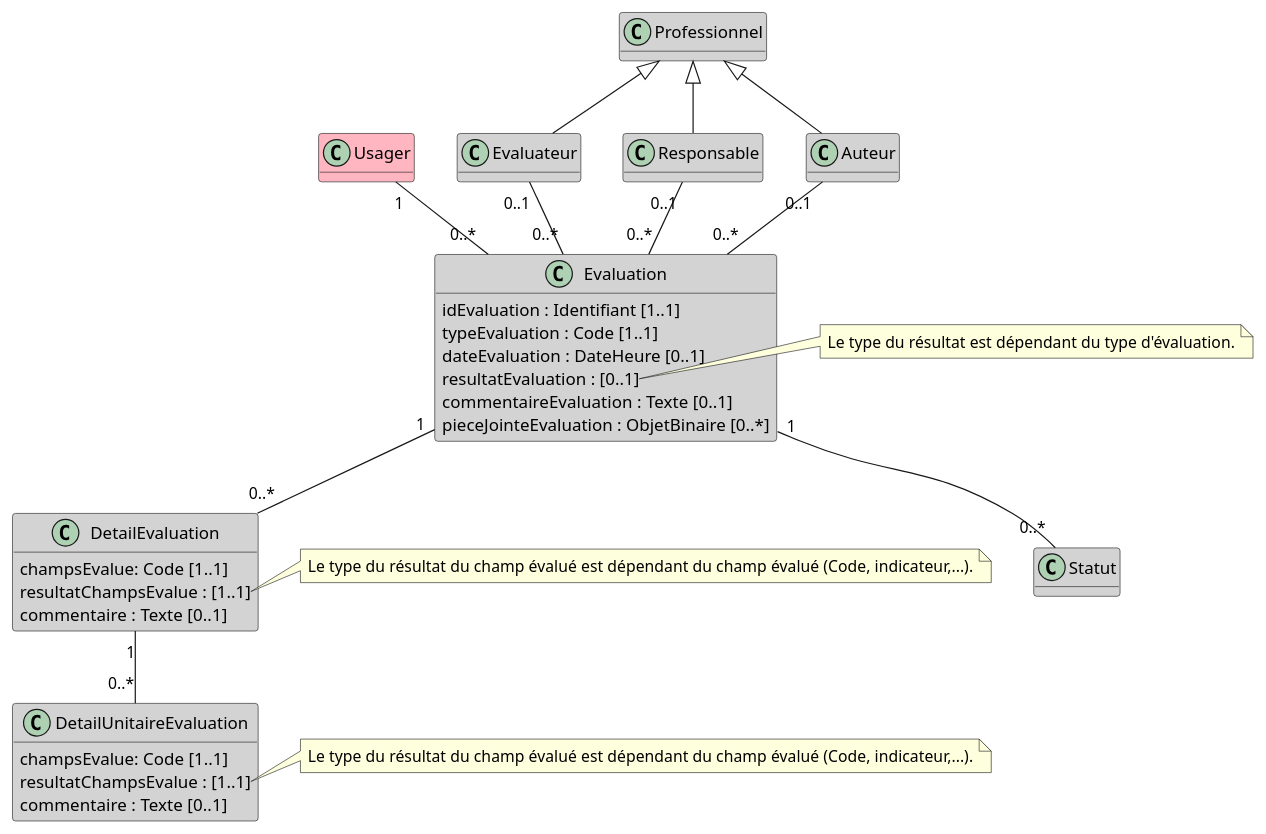
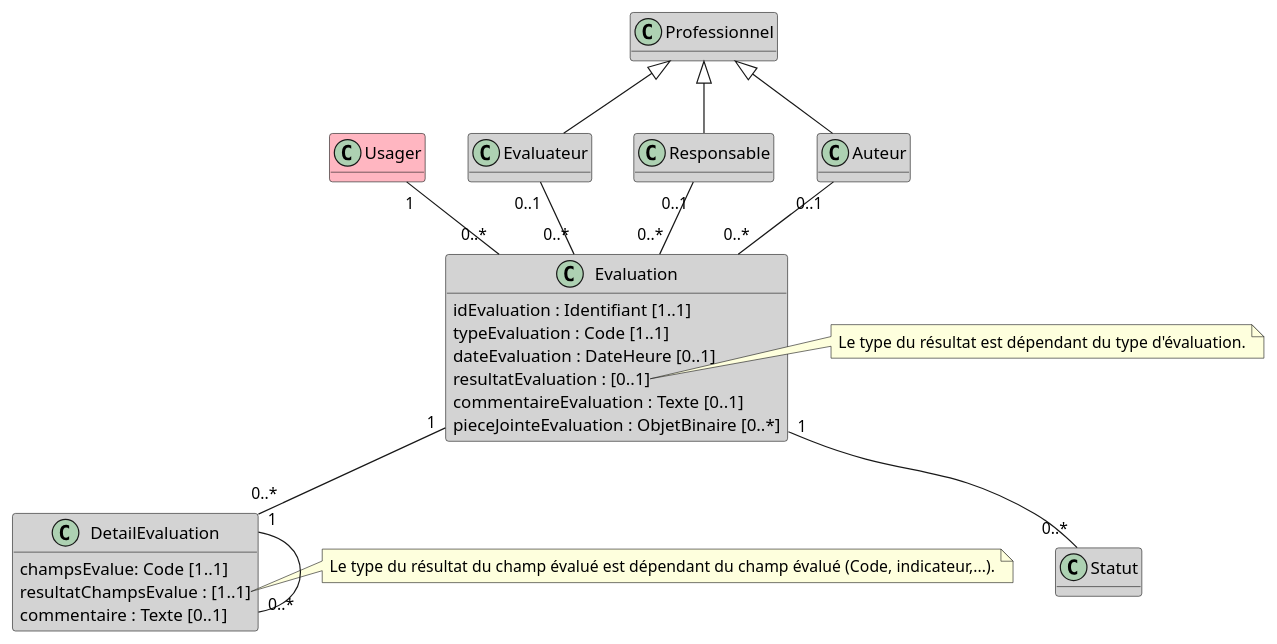
One commit to ansforge/IG-fhir-transfert-donnees-dui-esms changed the diagram in input/images-source/bloc_evaluation-grille.plantuml. Above: the diagram before and after it, drawn with PlantUML. The commit also changed 1 other file, not shown here.

```diff
--- a/input/images-source/bloc_evaluation-grille.plantuml
+++ b/input/images-source/bloc_evaluation-grille.plantuml
@@ -1,62 +1,52 @@
 @startuml
 
 hide empty methods
 
 class Usager #LightPink
 
 class Evaluateur #LightGray
 
 class Responsable #LightGray
 
 class Auteur #LightGray
 
 class Professionnel #LightGray
 
 class Statut #LightGray
 
 class Evaluation #LightGray {
     idEvaluation : Identifiant [1..1]
     typeEvaluation : Code [1..1]
     dateEvaluation : DateHeure [0..1]
     resultatEvaluation : [0..1]
     commentaireEvaluation : Texte [0..1]
     pieceJointeEvaluation : ObjetBinaire [0..*]
 }
 
 note right of Evaluation::resultat
   Le type du résultat est dépendant du type d'évaluation.
 end note
 
 class DetailEvaluation #LightGray {
     champsEvalue: Code [1..1]
     resultatChampsEvalue : [1..1]
     commentaire : Texte [0..1]
 }
 
 note right of DetailEvaluation::resultatChampsEvalue
   Le type du résultat du champ évalué est dépendant du champ évalué (Code, indicateur,...).
 end note
 
-class DetailUnitaireEvaluation #LightGray {
-    champsEvalue: Code [1..1]
-    resultatChampsEvalue : [1..1]
-    commentaire : Texte [0..1]
-}
-
-note right of DetailUnitaireEvaluation::resultatChampsEvalue
-  Le type du résultat du champ évalué est dépendant du champ évalué (Code, indicateur,...).
-end note
-
 Professionnel <|-- Evaluateur
 Professionnel <|-- Responsable
 Professionnel <|-- Auteur
 
 Evaluateur "0..1" -- "0..*" Evaluation
 Responsable "0..1" -- "0..*" Evaluation
 Auteur "0..1" -- "0..*" Evaluation
 Usager "1" -- "0..*" Evaluation
 Evaluation "1" -- "0..*" DetailEvaluation
-DetailEvaluation "1" -- "0..*" DetailUnitaireEvaluation
+DetailEvaluation "1" -- "0..*" DetailEvaluation
 Evaluation "1" -- "0..*" Statut
 
 @enduml
```
